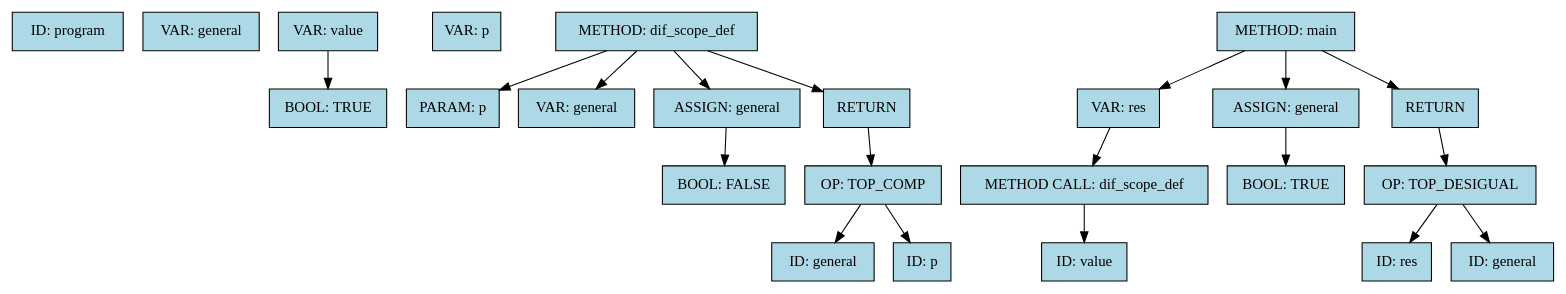
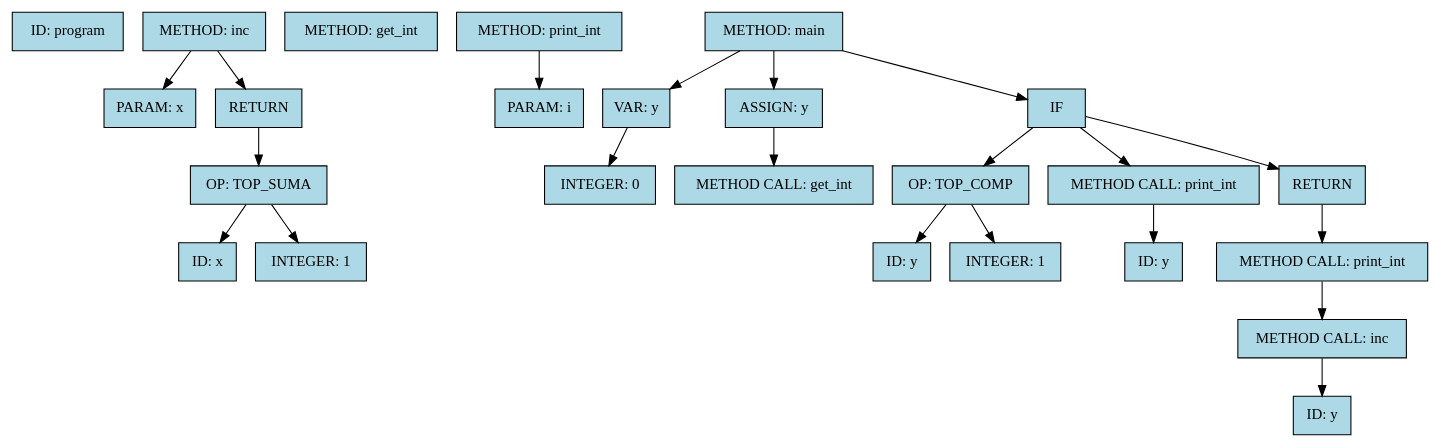
One commit to joaquinmezzano/proyecto-compiladores changed the diagram in ast.dot. Above: the diagram before and after it, drawn with Graphviz. The commit also changed 1 other file, not shown here.

```diff
--- a/ast.dot
+++ b/ast.dot
@@ -1,46 +1,49 @@
 digraph AST {
   rankdir=TB;
   node [shape=box, style=filled, fillcolor=lightblue];
   "n0" [label="ID: program"];
-  "n1" [label="VAR: general"];
-  "n2" [label="VAR: value"];
-  "n3" [label="BOOL: TRUE"];
-  "n2" -> "n3";
-  "n4" [label="VAR: p"];
-  "n5" [label="METHOD: dif_scope_def"];
-  "n6" [label="PARAM: p"];
-  "n5" -> "n6";
-  "n7" [label="VAR: general"];
-  "n5" -> "n7";
-  "n8" [label="ASSIGN: general"];
-  "n5" -> "n8";
-  "n9" [label="BOOL: FALSE"];
+  "n1" [label="METHOD: inc"];
+  "n2" [label="PARAM: x"];
+  "n1" -> "n2";
+  "n3" [label="RETURN"];
+  "n1" -> "n3";
+  "n4" [label="OP: TOP_SUMA"];
+  "n3" -> "n4";
+  "n5" [label="ID: x"];
+  "n4" -> "n5";
+  "n6" [label="INTEGER: 1"];
+  "n4" -> "n6";
+  "n7" [label="METHOD: get_int"];
+  "n8" [label="METHOD: print_int"];
+  "n9" [label="PARAM: i"];
   "n8" -> "n9";
-  "n10" [label="RETURN"];
-  "n5" -> "n10";
-  "n11" [label="OP: TOP_COMP"];
+  "n10" [label="METHOD: main"];
+  "n11" [label="VAR: y"];
   "n10" -> "n11";
-  "n12" [label="ID: general"];
+  "n12" [label="INTEGER: 0"];
   "n11" -> "n12";
-  "n13" [label="ID: p"];
-  "n11" -> "n13";
-  "n14" [label="METHOD: main"];
-  "n15" [label="VAR: res"];
-  "n14" -> "n15";
-  "n16" [label="METHOD CALL: dif_scope_def"];
+  "n13" [label="ASSIGN: y"];
+  "n10" -> "n13";
+  "n14" [label="METHOD CALL: get_int"];
+  "n13" -> "n14";
+  "n15" [label="IF"];
+  "n10" -> "n15";
+  "n16" [label="OP: TOP_COMP"];
   "n15" -> "n16";
-  "n17" [label="ID: value"];
+  "n17" [label="ID: y"];
   "n16" -> "n17";
-  "n18" [label="ASSIGN: general"];
-  "n14" -> "n18";
-  "n19" [label="BOOL: TRUE"];
-  "n18" -> "n19";
-  "n20" [label="RETURN"];
-  "n14" -> "n20";
-  "n21" [label="OP: TOP_DESIGUAL"];
-  "n20" -> "n21";
-  "n22" [label="ID: res"];
+  "n18" [label="INTEGER: 1"];
+  "n16" -> "n18";
+  "n19" [label="METHOD CALL: print_int"];
+  "n15" -> "n19";
+  "n20" [label="ID: y"];
+  "n19" -> "n20";
+  "n21" [label="RETURN"];
+  "n15" -> "n21";
+  "n22" [label="METHOD CALL: print_int"];
   "n21" -> "n22";
-  "n23" [label="ID: general"];
-  "n21" -> "n23";
+  "n23" [label="METHOD CALL: inc"];
+  "n22" -> "n23";
+  "n24" [label="ID: y"];
+  "n23" -> "n24";
 }
```
